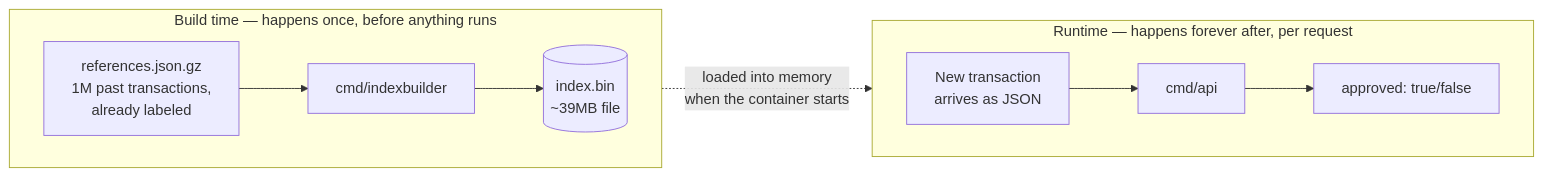
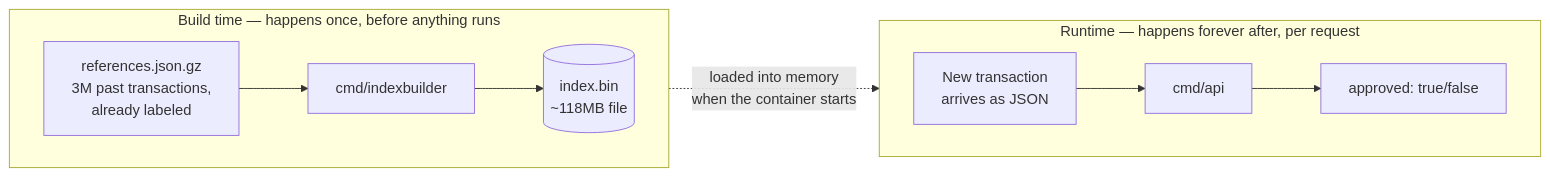
The first of 6 diagrams in .github/docs/APPLICATION_FLOW.md (KauanCarvalho/rinha-de-backend-2026-fraud-detector), drawn with Mermaid before and after one commit. The commit also changed other lines of this file and 10 other files, not shown here.

````diff
--- a/.github/docs/APPLICATION_FLOW.md
+++ b/.github/docs/APPLICATION_FLOW.md
@@ -22,12 +22,12 @@
 ```mermaid
 flowchart LR
     subgraph BUILD["Build time — happens once, before anything runs"]
         direction LR
-        A[references.json.gz<br/>1M past transactions,<br/>already labeled] --> B[cmd/indexbuilder] --> C[(index.bin<br/>~39MB file)]
+        A[references.json.gz<br/>3M past transactions,<br/>already labeled] --> B[cmd/indexbuilder] --> C[(index.bin<br/>~118MB file)]
     end
     subgraph RUNTIME["Runtime — happens forever after, per request"]
         direction LR
         D[New transaction<br/>arrives as JSON] --> E[cmd/api] --> F[approved: true/false]
     end
     C -.->|"loaded into memory<br/>when the container starts"| E
 ```
````
